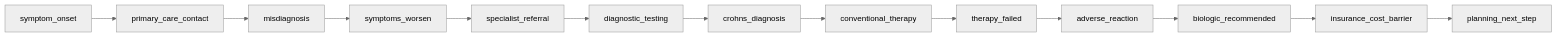
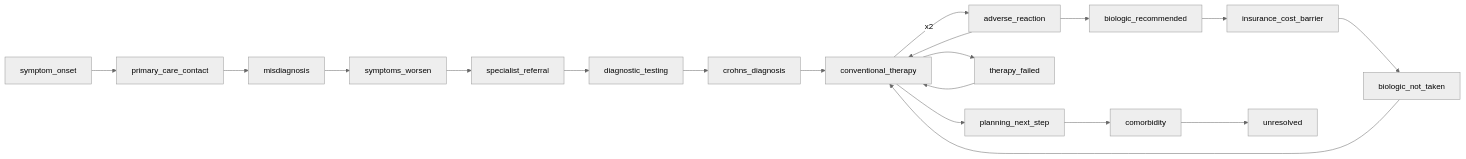
One commit to carecodeconnect/crohnicity changed the second of 50 diagrams in docs/referral_pathways.md. Above: the diagram before and after it, drawn with Mermaid. The commit also changed other lines of this file and 136 other files, not shown here.

````diff
--- a/docs/referral_pathways.md
+++ b/docs/referral_pathways.md
@@ -58,29 +67,38 @@
 ``` mermaid
 %%{init: {'theme':'neutral'}}%%
 flowchart LR
     n0["symptom_onset"]
     n1["primary_care_contact"]
     n2["misdiagnosis"]
     n3["symptoms_worsen"]
     n4["specialist_referral"]
     n5["diagnostic_testing"]
     n6["crohns_diagnosis"]
     n7["conventional_therapy"]
-    n8["therapy_failed"]
-    n9["adverse_reaction"]
+    n8["adverse_reaction"]
+    n9["therapy_failed"]
     n10["biologic_recommended"]
     n11["insurance_cost_barrier"]
-    n12["planning_next_step"]
+    n12["biologic_not_taken"]
+    n13["planning_next_step"]
+    n14["comorbidity"]
+    n15["unresolved"]
     n0 -->n1
     n1 -->n2
     n2 -->n3
     n3 -->n4
     n4 -->n5
     n5 -->n6
     n6 -->n7
-    n7 -->n8
-    n8 -->n9
-    n9 -->n10
+    n7 -->|x2| n8
+    n8 -->n7
+    n7 -->n9
+    n9 -->n7
+    n8 -->n10
     n10 -->n11
     n11 -->n12
+    n12 -->n7
+    n7 -->n13
+    n13 -->n14
+    n14 -->n15
 ```
````
